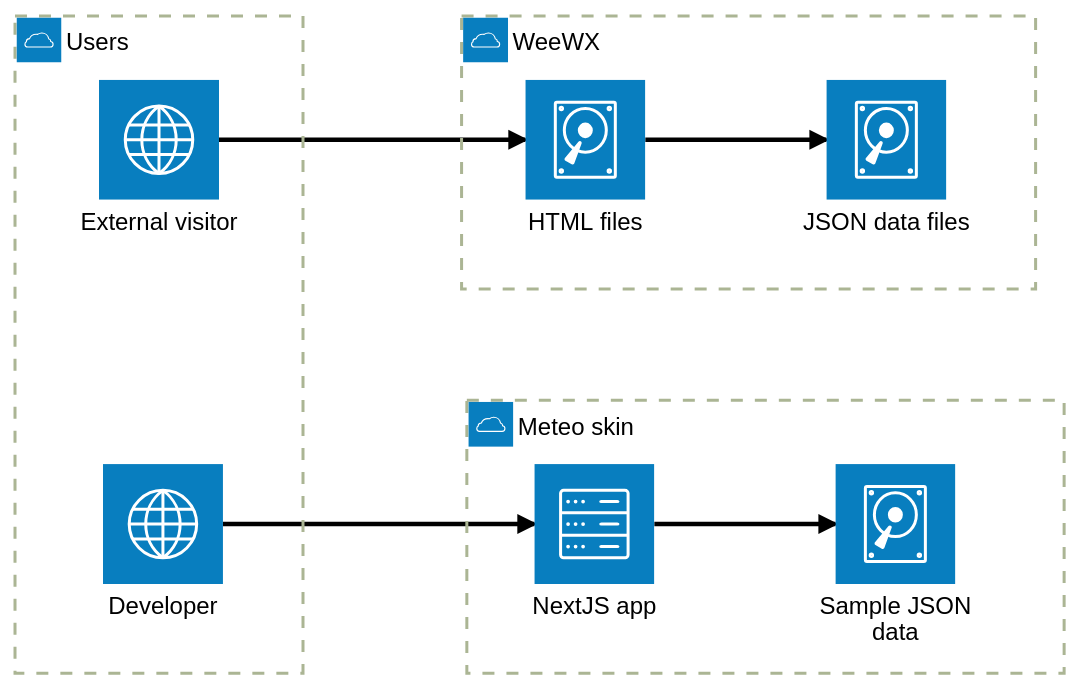
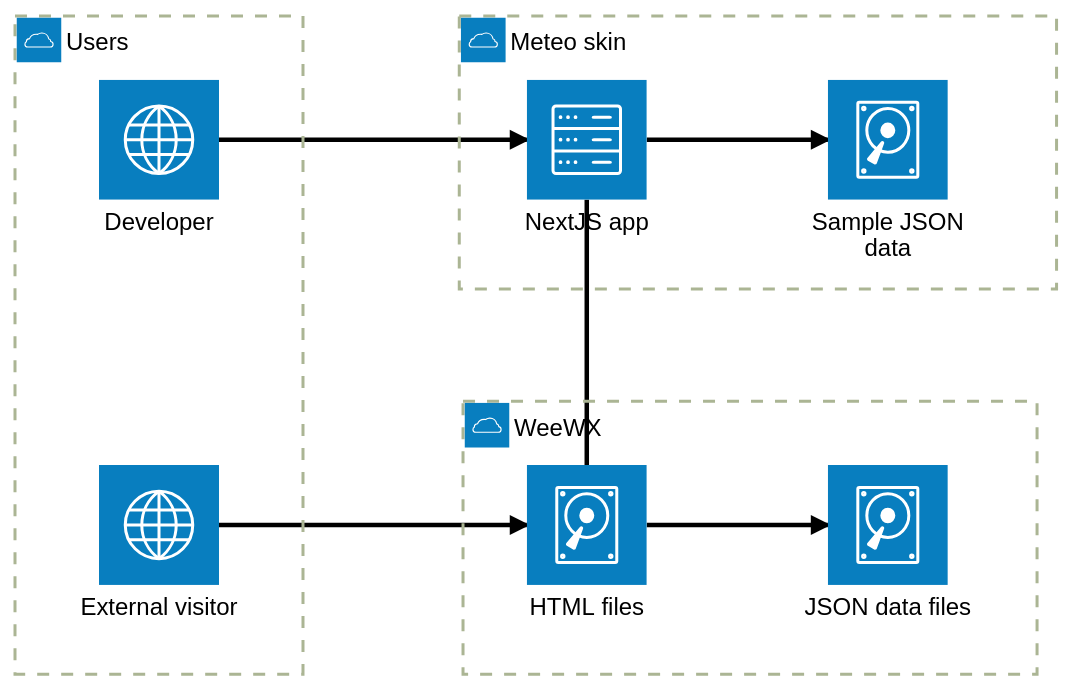
Before and after one commit to bourquep/weewx-me.teo: the diagram in README.md, drawn with Mermaid (forest theme).

````diff
--- a/README.md
+++ b/README.md
@@ -89,20 +89,22 @@
 ```mermaid
 architecture-beta
   group users(cloud)[Users]
   group skin(cloud)[Meteo skin]
   group weewx(cloud)[WeeWX]
 
   service nextjs(server)[NextJS app] in skin
   service sample(disk)[Sample JSON data] in skin
   service json(disk)[JSON data files] in weewx
   service html(disk)[HTML files] in weewx
 
   service visitor(internet)[External visitor] in users
   service developer(internet)[Developer] in users
 
   visitor:R --> L:html
   html:R --> L:json
 
   developer:R --> L:nextjs
   nextjs:R --> L:sample
+
+  nextjs:B -- T:html
 ```
````
